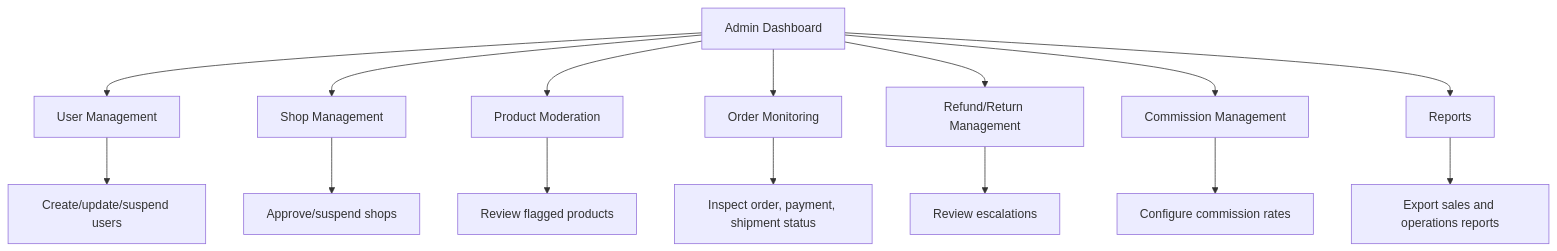
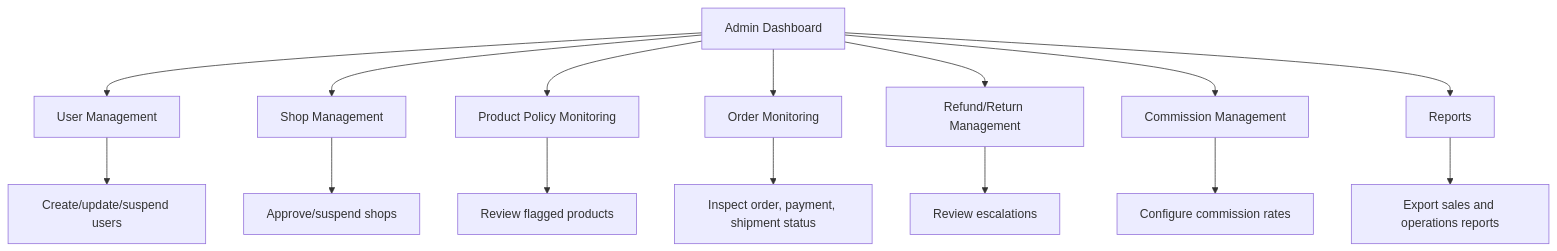
The ninth of 9 diagrams in docs/05-frontend/user-flow.md (Ronnakornn/marketplace), drawn with Mermaid before and after one commit. The commit also changed other lines of this file and 61 other files, not shown here.

````diff
--- a/docs/05-frontend/user-flow.md
+++ b/docs/05-frontend/user-flow.md
@@ -309,17 +309,17 @@
 ```mermaid
 flowchart TD
   A[Admin Dashboard] --> B[User Management]
   A --> C[Shop Management]
-  A --> D[Product Moderation]
+  A --> D[Product Policy Monitoring]
   A --> E[Order Monitoring]
   A --> F[Refund/Return Management]
   A --> G[Commission Management]
   A --> H[Reports]
   B --> B1[Create/update/suspend users]
   C --> C1[Approve/suspend shops]
   D --> D1[Review flagged products]
   E --> E1[Inspect order, payment, shipment status]
   F --> F1[Review escalations]
   G --> G1[Configure commission rates]
   H --> H1[Export sales and operations reports]
 ```
````
